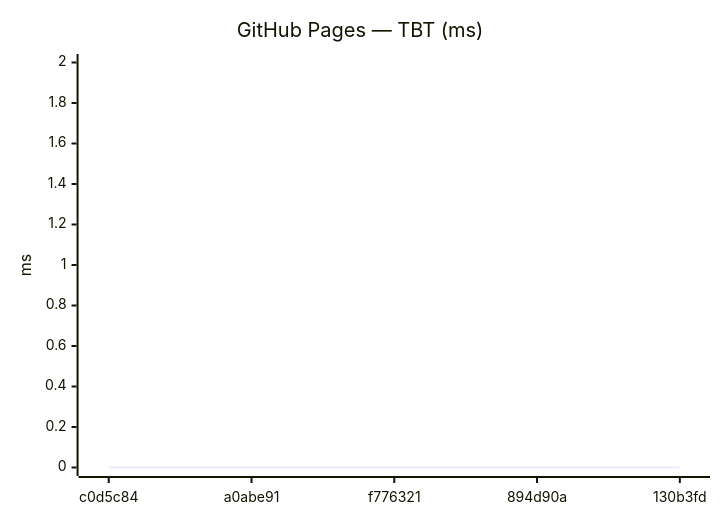
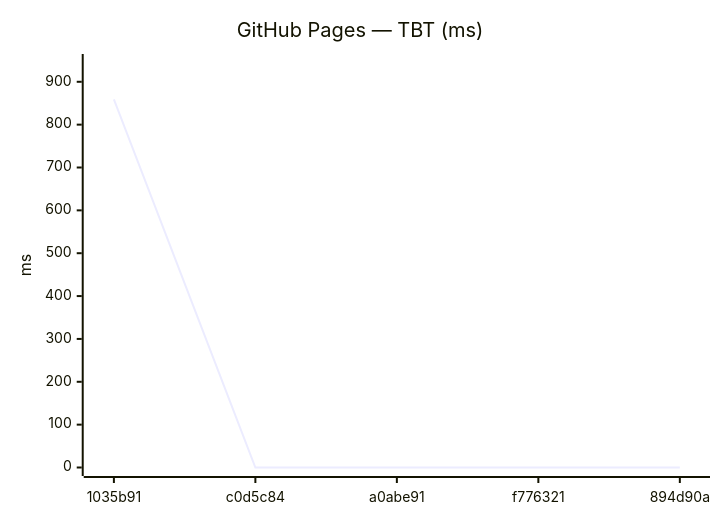
Before and after one commit to Metaheurist/Rianell: the tenth of 18 diagrams in benchmarks/compare.md, drawn with Mermaid. The commit also changed other lines of this file and 11 other files, not shown here.

````diff
--- a/benchmarks/compare.md
+++ b/benchmarks/compare.md
@@ -149,7 +149,7 @@
 ```mermaid
 xychart-beta
     title "GitHub Pages — TBT (ms)"
-    x-axis ["c0d5c84", "a0abe91", "f776321", "894d90a", "130b3fd"]
-    y-axis "ms" 0 --> 2
-    line [0, 0, 0, 0, 0]
+    x-axis ["1035b91", "c0d5c84", "a0abe91", "f776321", "894d90a"]
+    y-axis "ms" 0 --> 945
+    line [859, 0, 0, 0, 0]
 ```
````
